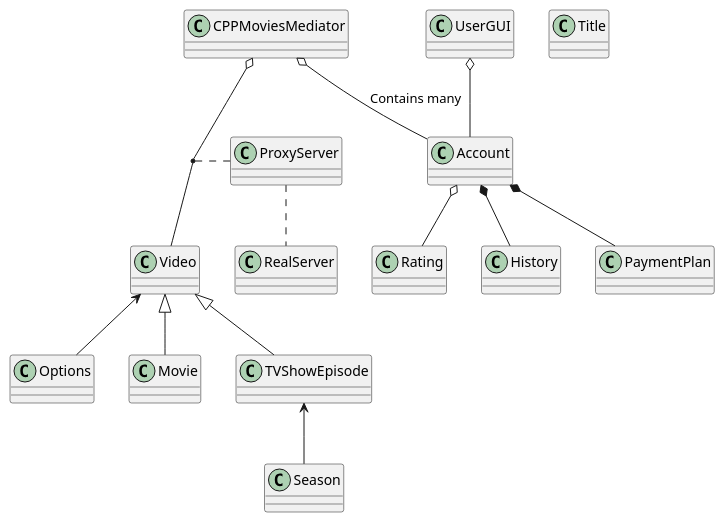
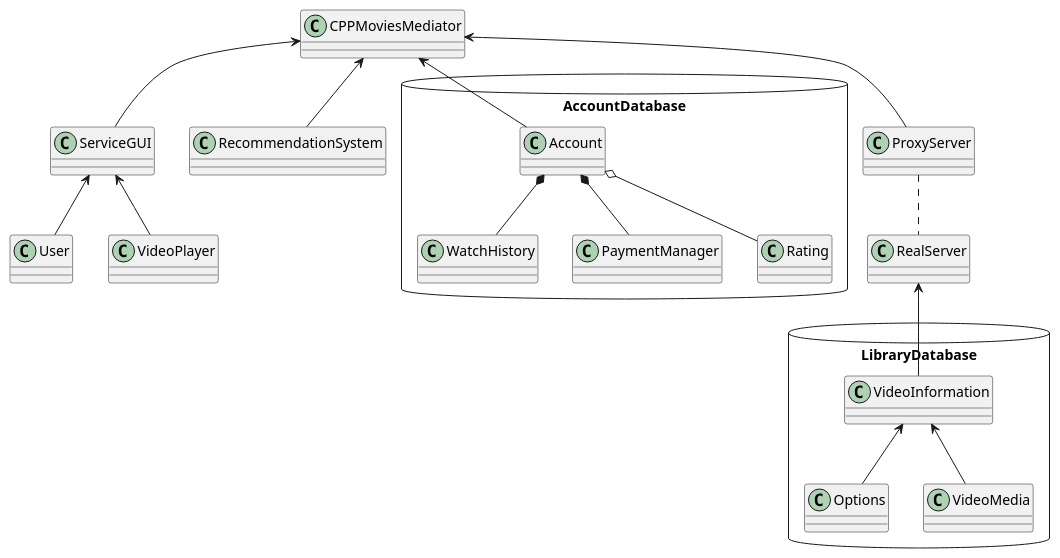
Before and after one commit to Lex-ari/CS4800-FoodDelivery: the diagram in src/UMLs/CPPMovies.puml, drawn with PlantUML.

Commit message:
Final Diagram update

```diff
--- a/src/UMLs/CPPMovies.puml
+++ b/src/UMLs/CPPMovies.puml
@@ -1,40 +1,55 @@
 @startuml
 'https://plantuml.com/class-diagram
 
-class History
-class PaymentPlan
+class User
+
+
+package AccountDatabase <<Database>> {
+class WatchHistory
+class PaymentManager
 class Account
 class Rating
-class UserGUI
-class Video
-class Options
-class Movie
-class TVShowEpisode
-class Season
-class Title
-class RealServer
-class ProxyServer
+
+Account *-- PaymentManager
+Account *-- WatchHistory
+Account o-- Rating
+}
+
+
+class ServiceGUI
+ServiceGUI <-- User
+
+class VideoPlayer
+ServiceGUI <-- VideoPlayer
+
+class RecommendationSystem
 class CPPMoviesMediator
+CPPMoviesMediator <-- RecommendationSystem
+CPPMoviesMediator <-- ServiceGUI
+CPPMoviesMediator <-- Account
 
 
 
-Account *-- PaymentPlan
-Account *-- History
-Account o-- Rating
-UserGUI o-- Account
 
-CPPMoviesMediator o-- Account: Contains many
-CPPMoviesMediator o-- Video
-Video <-- Options
-Video <|-- Movie
-Video <|-- TVShowEpisode
 
-TVShowEpisode <-- Season
+package LibraryDatabase <<Database>> {
+class VideoInformation
+class Options
+class VideoMedia
 
-(CPPMoviesMediator, Video) .. ProxyServer
+VideoInformation <-- Options
+VideoInformation <-- VideoMedia
+}
+
+class RealServer
+class ProxyServer
+
+CPPMoviesMediator <-- ProxyServer
 ProxyServer .. RealServer
+
+RealServer <-- VideoInformation
 
 
 
 
 @enduml
```
